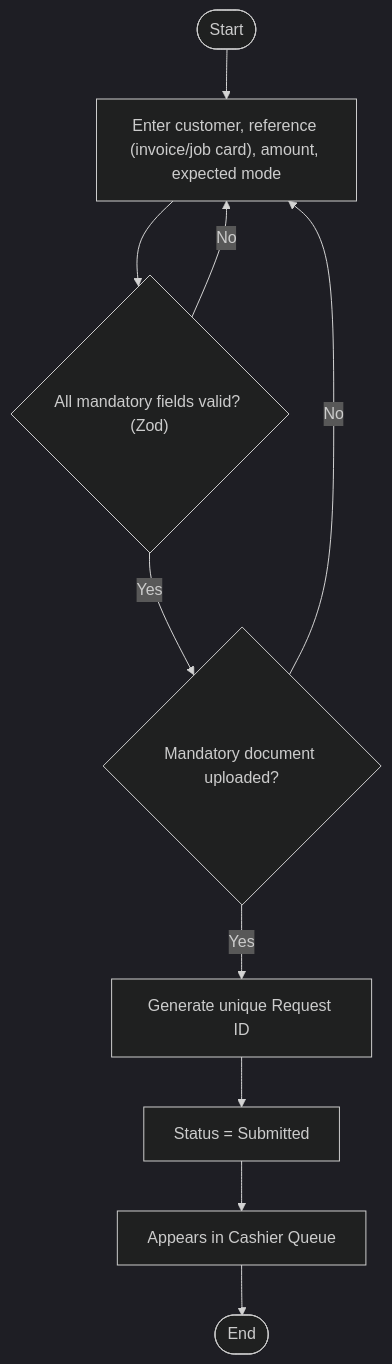
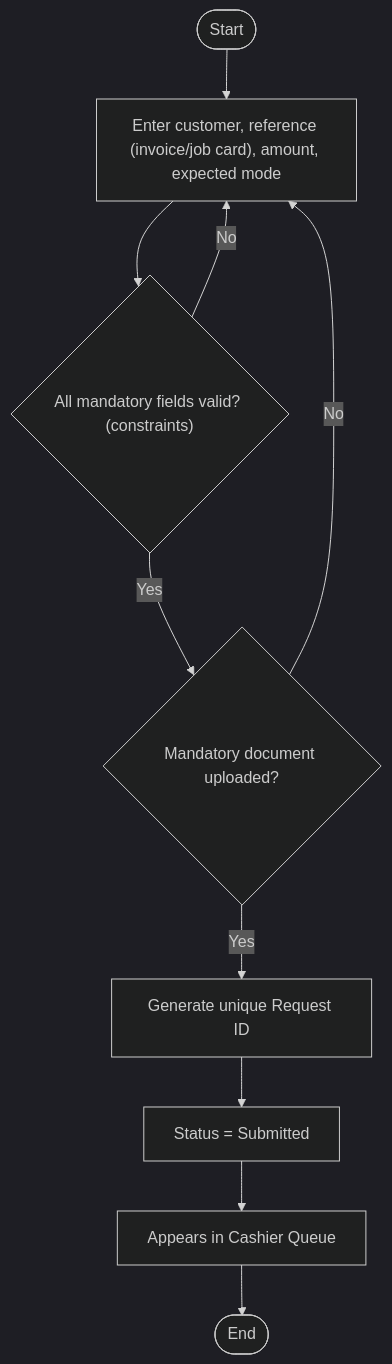
Before and after one commit to arunideen/branch-cash-management-system-odoo: the diagram in docs/diagrams/collection-request-flow.md, drawn with Mermaid (dark theme). The commit also changed 53 other files, not shown here.

````diff
--- a/docs/diagrams/collection-request-flow.md
+++ b/docs/diagrams/collection-request-flow.md
@@ -5,12 +5,12 @@
 ```mermaid
 flowchart TD
     S([Start]) --> F["Enter customer, reference (invoice/job card), amount, expected mode"]
-    F --> V{"All mandatory fields valid? (Zod)"}
+    F --> V{"All mandatory fields valid? (constraints)"}
     V -->|No| F
     V -->|Yes| U{"Mandatory document uploaded?"}
     U -->|No| F
     U -->|Yes| G["Generate unique Request ID"]
     G --> SUB["Status = Submitted"]
     SUB --> Q["Appears in Cashier Queue"]
     Q --> E([End])
 ```
````
